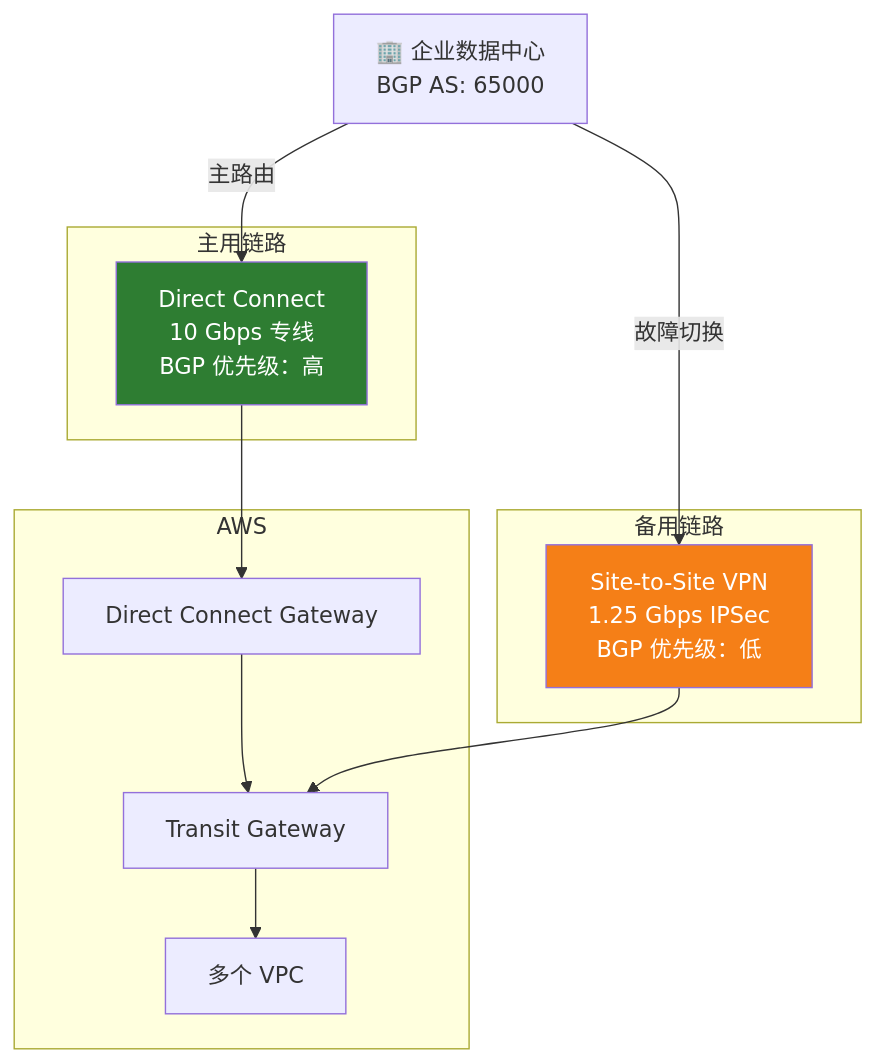
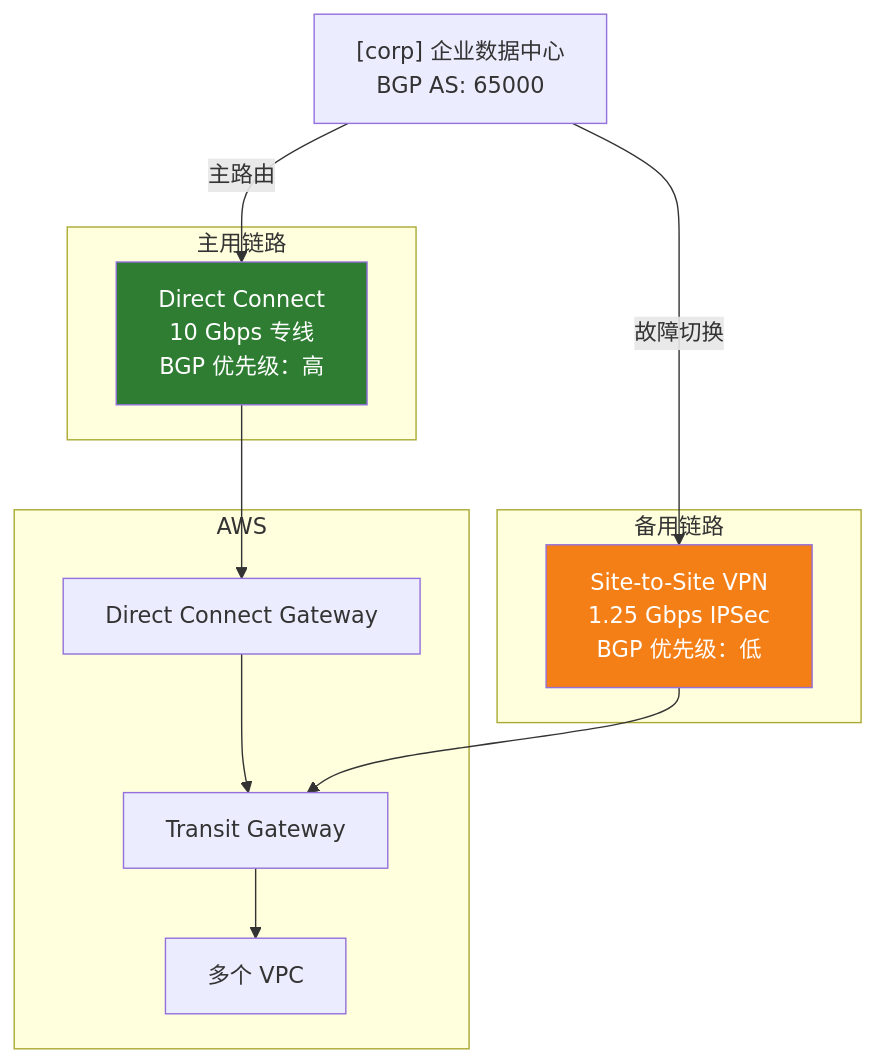
One commit to SKT-Shurima/NetworkMastery changed the fifth of 6 diagrams in docs/guide/cloud/aws-networking.md. Above: the diagram before and after it, drawn with Mermaid. The commit also changed other lines of this file and 54 other files, not shown here.

````diff
--- a/docs/guide/cloud/aws-networking.md
+++ b/docs/guide/cloud/aws-networking.md
@@ -394,26 +394,26 @@
 ```mermaid
 graph TB
-    OnPrem["🏢 企业数据中心<br/>BGP AS: 65000"]
+    OnPrem["[corp] 企业数据中心<br/>BGP AS: 65000"]
 
     subgraph "主用链路"
         DX["Direct Connect<br/>10 Gbps 专线<br/>BGP 优先级：高"]
     end
 
     subgraph "备用链路"
         VPN["Site-to-Site VPN<br/>1.25 Gbps IPSec<br/>BGP 优先级：低"]
     end
 
     subgraph "AWS"
         DXGW["Direct Connect Gateway"]
         TGW["Transit Gateway"]
         VPCs["多个 VPC"]
     end
 
     OnPrem -->|主路由| DX --> DXGW --> TGW --> VPCs
     OnPrem -->|故障切换| VPN --> TGW
 
     classDef primary fill:#2E7D32,color:#fff
     classDef backup fill:#F57F17,color:#fff
     class DX primary
     class VPN backup
 ```
````
